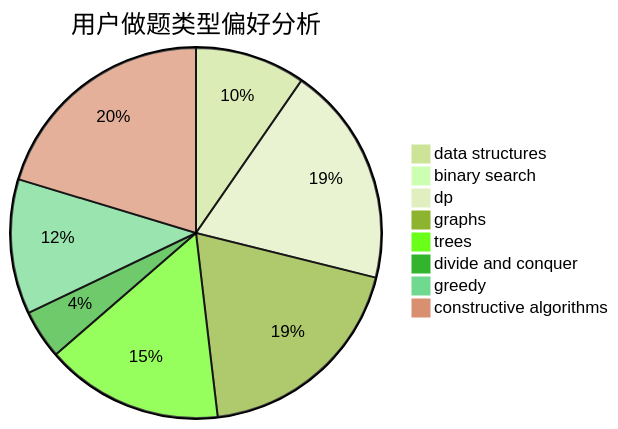
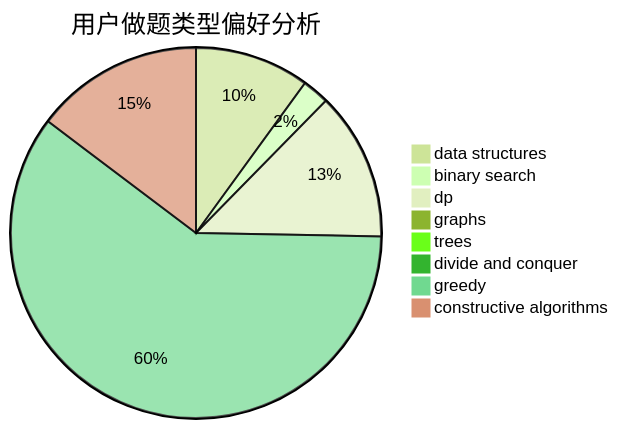
The second of 3 diagrams in docs/user/u2096.md (sherpahu/cfrs.github.io), drawn with Mermaid (forest theme) before and after one commit. The commit also changed other lines of this file and 2770 other files, not shown here.

````diff
--- a/docs/user/u2096.md
+++ b/docs/user/u2096.md
@@ -23,11 +23,11 @@
 ```mermaid
 pie title 用户做题类型偏好分析
-    "data structures" :  18
-    "binary search" :  1
-    "dp" :  36
-    "graphs" :  36
-    "trees" :  29
-    "divide and conquer" :  8
-    "greedy" :  22
-    "constructive algorithms" :  38
+    "data structures" :  17
+    "binary search" :  4
+    "dp" :  22
+    "graphs" :  0
+    "trees" :  0
+    "divide and conquer" :  0
+    "greedy" :  102
+    "constructive algorithms" :  25
 ```
````
